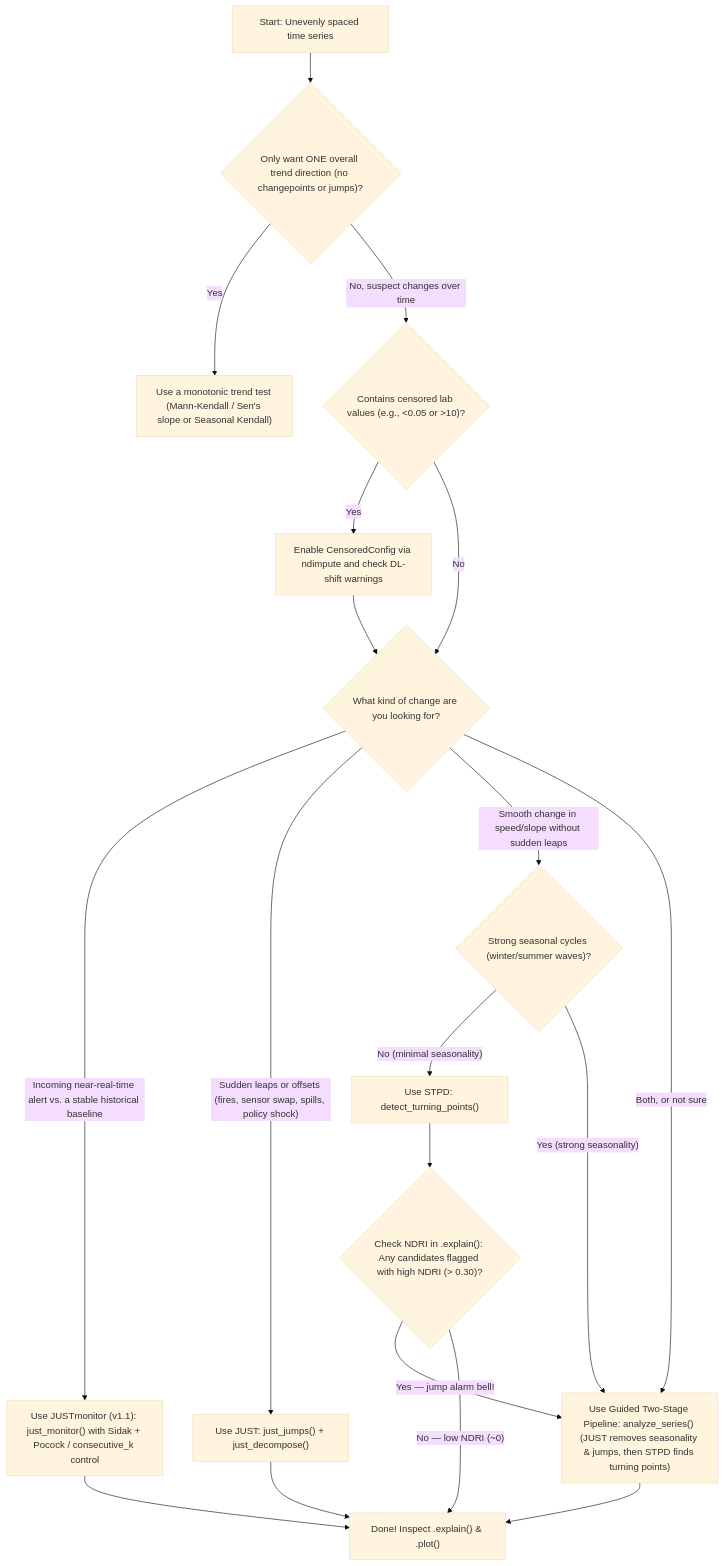
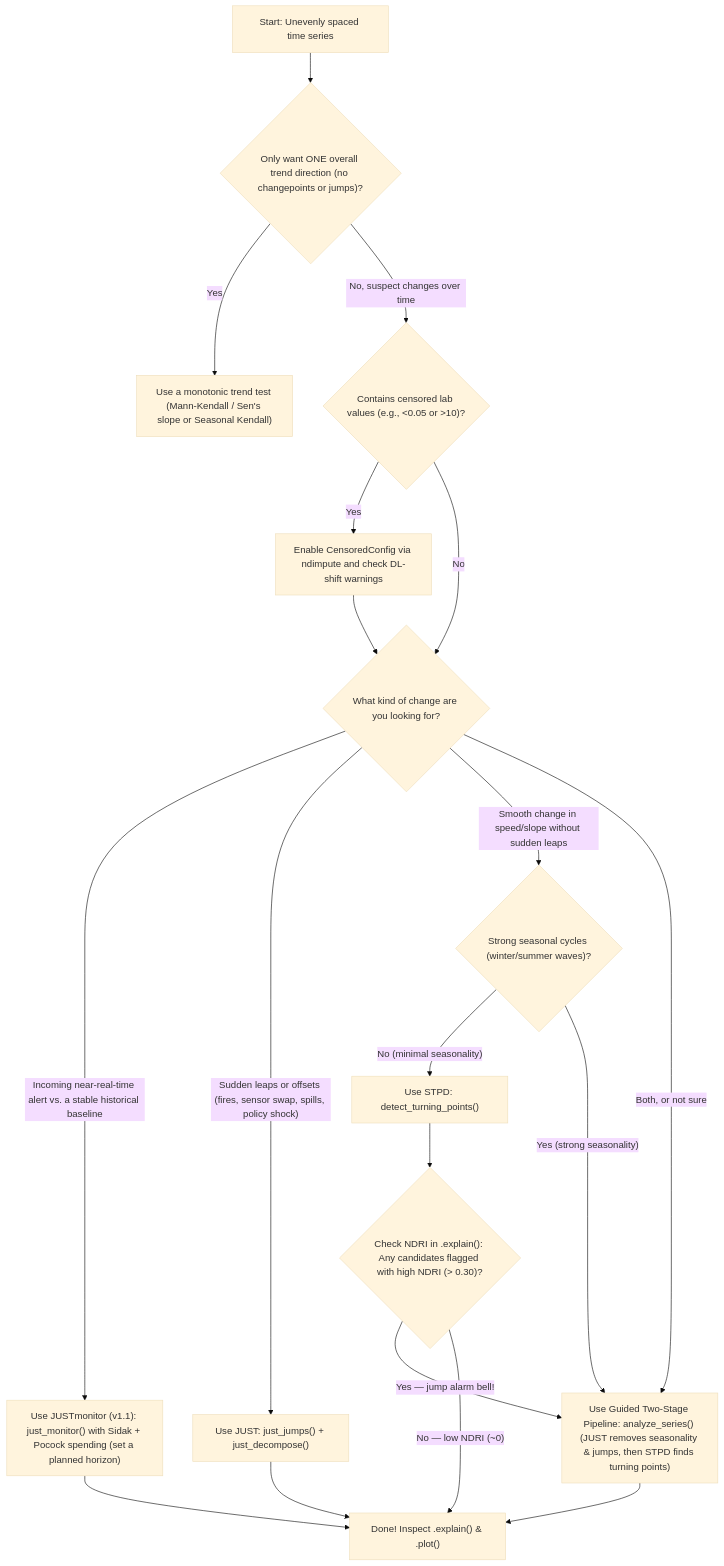
Before and after one commit to LukeAFullard/tspec: the diagram in docs/guide/which-method.md, drawn with Mermaid (base theme). The commit also changed other lines of this file and 123 other files, not shown here.

````diff
--- a/docs/guide/which-method.md
+++ b/docs/guide/which-method.md
@@ -13,24 +13,24 @@
 ```mermaid
 flowchart TD
     Start["Start: Unevenly spaced time series"] --> Q0{"Only want ONE overall trend direction (no changepoints or jumps)?"}
     Q0 -- "Yes" --> MK["Use a monotonic trend test (Mann-Kendall / Sen's slope or Seasonal Kendall)"]
     Q0 -- "No, suspect changes over time" --> QC{"Contains censored lab values (e.g., <0.05 or >10)?"}
     QC -- "Yes" --> Cens["Enable CensoredConfig via ndimpute and check DL-shift warnings"]
     QC -- "No" --> Q1
     Cens --> Q1{"What kind of change are you looking for?"}
 
-    Q1 -- "Incoming near-real-time alert vs. a stable historical baseline" --> NRT["Use JUSTmonitor (v1.1): just_monitor() with Sidak + Pocock / consecutive_k control"]
+    Q1 -- "Incoming near-real-time alert vs. a stable historical baseline" --> NRT["Use JUSTmonitor (v1.1): just_monitor() with Sidak + Pocock spending (set a planned horizon)"]
     Q1 -- "Sudden leaps or offsets (fires, sensor swap, spills, policy shock)" --> Q1S["Use JUST: just_jumps() + just_decompose()"]
     Q1 -- "Smooth change in speed/slope without sudden leaps" --> Q2{"Strong seasonal cycles (winter/summer waves)?"}
     Q1 -- "Both, or not sure" --> Pipe["Use Guided Two-Stage Pipeline: analyze_series() (JUST removes seasonality & jumps, then STPD finds turning points)"]
 
     Q2 -- "No (minimal seasonality)" --> STPD["Use STPD: detect_turning_points()"]
     Q2 -- "Yes (strong seasonality)" --> Pipe
 
     STPD --> NDRI{"Check NDRI in .explain(): Any candidates flagged with high NDRI (> 0.30)?"}
     NDRI -- "Yes — jump alarm bell!" --> Pipe
     NDRI -- "No — low NDRI (~0)" --> Done["Done! Inspect .explain() & .plot()"]
     Q1S --> Done
     NRT --> Done
     Pipe --> Done
 ```
````
